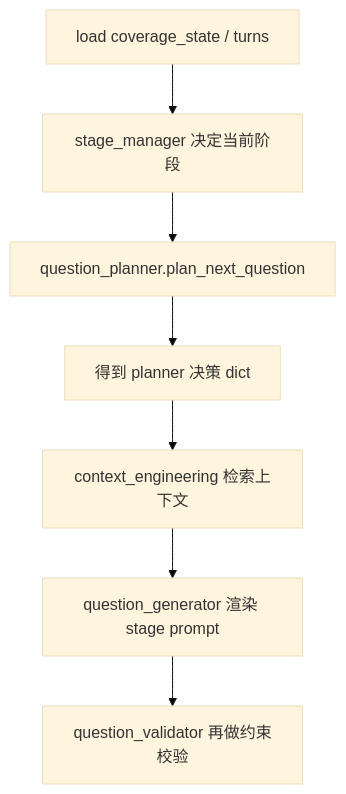
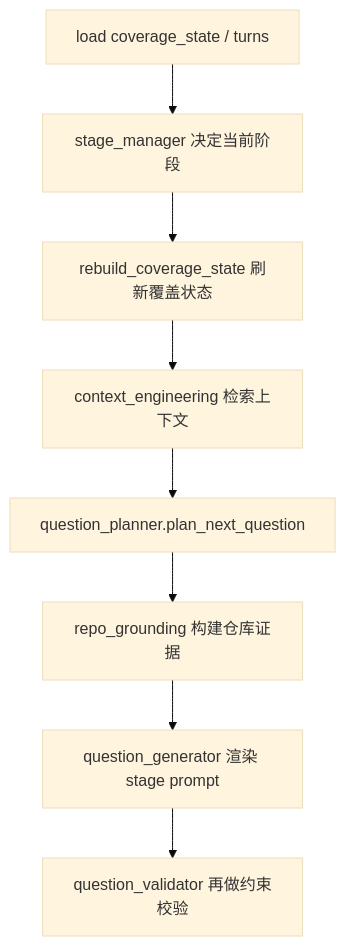
Before and after one commit to CharlesKeeling65/stateful_interview_agent: the diagram in detai_doc/01_question_planner_py_逐函数拆解.md, drawn with Mermaid (base theme). The commit also changed other lines of this file and 5 other files, not shown here.

````diff
--- a/detai_doc/01_question_planner_py_逐函数拆解.md
+++ b/detai_doc/01_question_planner_py_逐函数拆解.md
@@ -19,9 +20,10 @@
 ```mermaid
 flowchart TD
     A[load coverage_state / turns] --> B[stage_manager 决定当前阶段]
-    B --> C[question_planner.plan_next_question]
-    C --> D[得到 planner 决策 dict]
-    D --> E[context_engineering 检索上下文]
-    E --> F[question_generator 渲染 stage prompt]
-    F --> G[question_validator 再做约束校验]
+  B --> C[rebuild_coverage_state 刷新覆盖状态]
+  C --> D[context_engineering 检索上下文]
+  D --> E[question_planner.plan_next_question]
+  E --> F[repo_grounding 构建仓库证据]
+  F --> G[question_generator 渲染 stage prompt]
+  G --> H[question_validator 再做约束校验]
 ```
````
